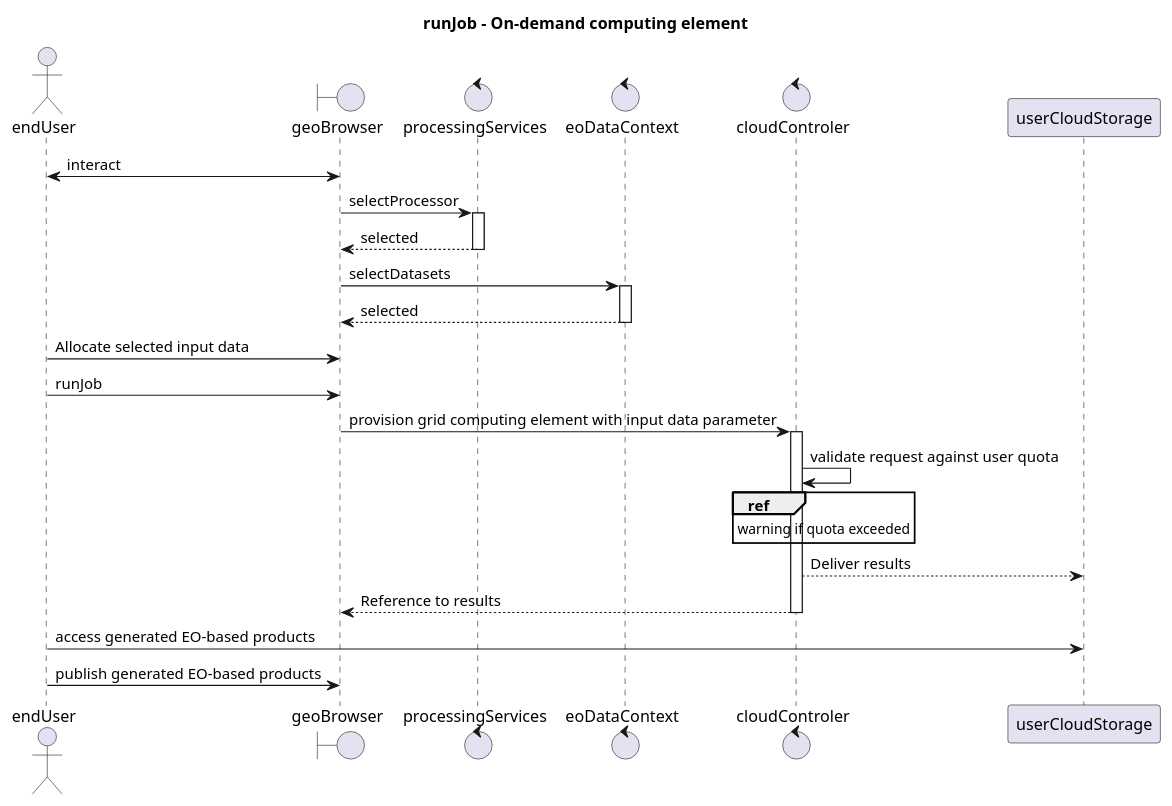
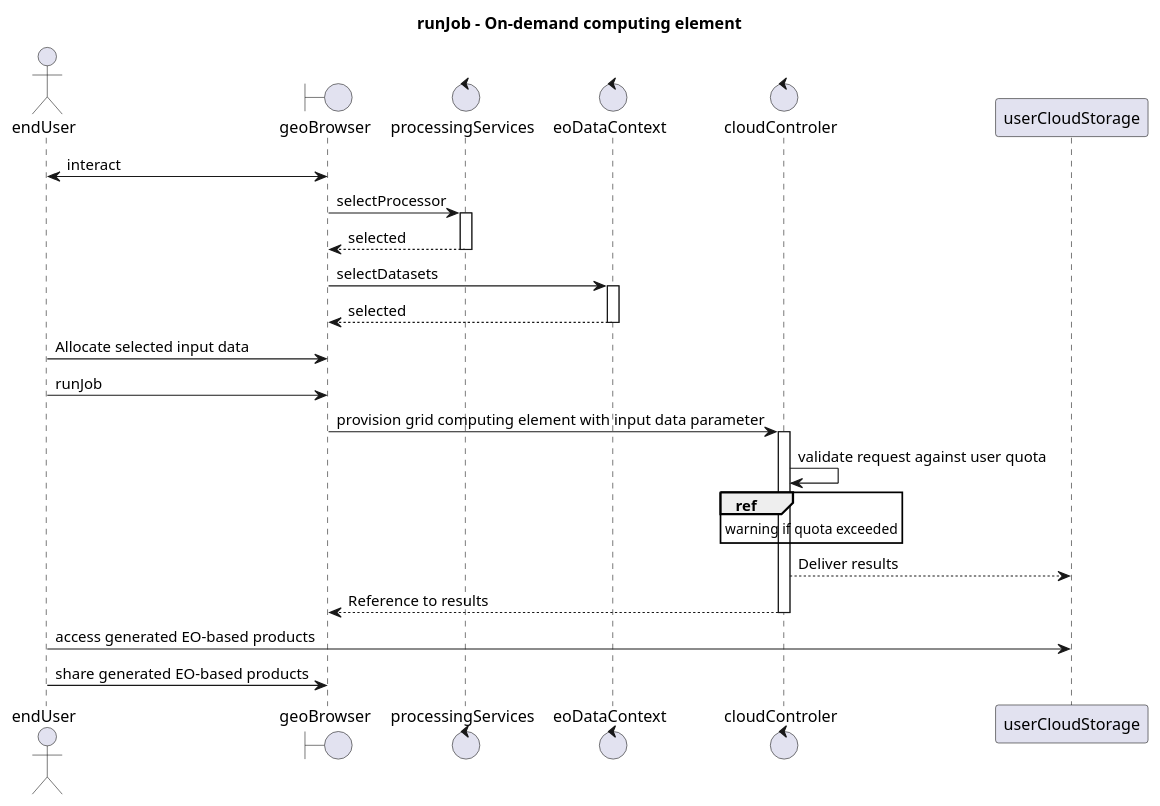
One commit to Terradue/doc-tep-geohazards-arch changed the second of 2 diagrams in source/enterprise/scope.rst. Above: the diagram before and after it, drawn with PlantUML. The commit also changed other lines of this file, not shown here.

```diff
--- a/source/enterprise/scope.rst
+++ b/source/enterprise/scope.rst
@@ -85,37 +85,37 @@
 .. uml::
 
        title runJob - On-demand computing element
        actor endUser
        ' Boundary (view in MVC) Objects that interface with system actors   
        boundary geoBrowser 
        ' Entity (model in MVC): Objects representing system data
        ' model descriptions are delegated to the Information viewpoint
        ' Control (controller in MVC): Objects that mediate between boundaries and entities
        control processingServices
        control eoDataContext
        control cloudControler
 
        endUser <-> geoBrowser: interact
        geoBrowser -> processingServices: selectProcessor
        activate processingServices
        geoBrowser <-- processingServices: selected 
        deactivate processingServices
 
        geoBrowser -> eoDataContext: selectDatasets
        activate eoDataContext
        geoBrowser <-- eoDataContext: selected
        deactivate eoDataContext
 
        endUser -> geoBrowser: Allocate selected input data
        endUser -> geoBrowser: runJob
 
        geoBrowser -> cloudControler: provision grid computing element with input data parameter
        activate cloudControler
        cloudControler->cloudControler: validate request against user quota
        ref over cloudControler: warning if quota exceeded
        cloudControler --> userCloudStorage: Deliver results
        geoBrowser <-- cloudControler: Reference to results
        deactivate cloudControler
 
        endUser -> userCloudStorage: access generated EO-based products
-       endUser -> geoBrowser: publish generated EO-based products
+       endUser -> geoBrowser: share generated EO-based products
```
